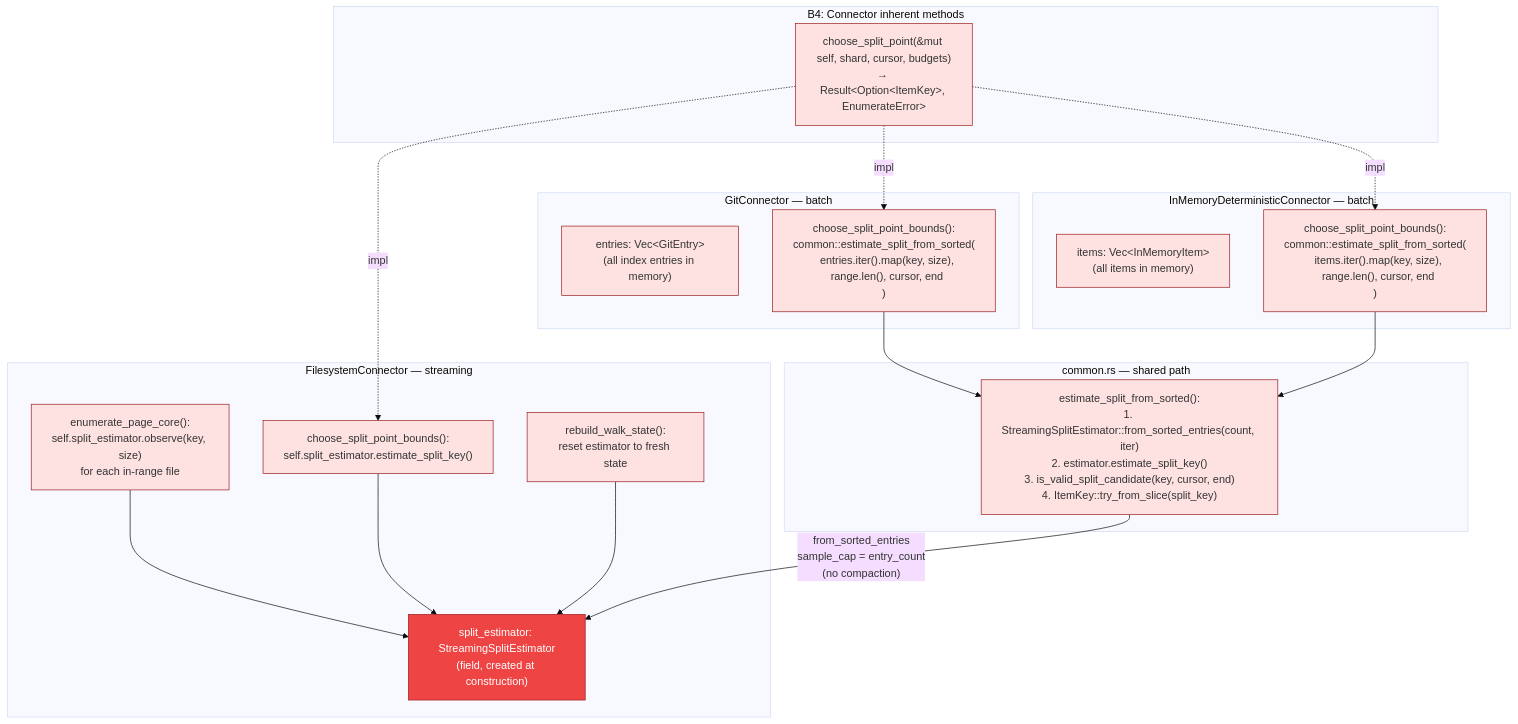
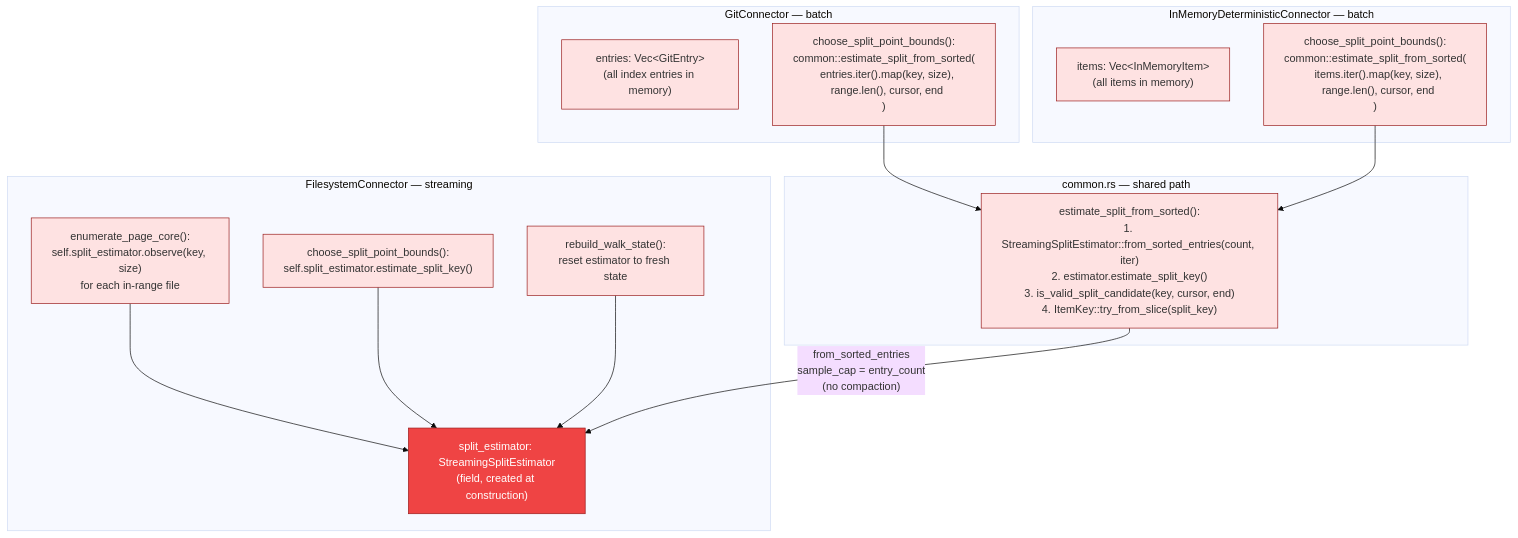
The fifth of 5 diagrams in diagrams/18-streaming-split-estimation.md (ahrav/Gossip-rs), drawn with Mermaid (base theme) before and after one commit. The commit also changed other lines of this file and 4 other files, not shown here.

First line of the commit message:
Clarify connector API terminology: "trait" → "shard-based"

````diff
--- a/diagrams/18-streaming-split-estimation.md
+++ b/diagrams/18-streaming-split-estimation.md
@@ -298,51 +298,42 @@
 ```mermaid
 %% Diagram: connector-integration
 graph TD
-    subgraph Trait ["B4: Connector inherent methods"]
-        CSP_TRAIT["choose_split_point(&mut self, shard, cursor, budgets)<br/>→ Result&lt;Option&lt;ItemKey&gt;, EnumerateError&gt;"]
-    end
-
     subgraph FS ["FilesystemConnector — streaming"]
         FS_FIELD["split_estimator: StreamingSplitEstimator<br/>(field, created at construction)"]
         FS_ENUM["enumerate_page_core():<br/>self.split_estimator.observe(key, size)<br/>for each in-range file"]
         FS_SPLIT["choose_split_point_bounds():<br/>self.split_estimator.estimate_split_key()"]
         FS_RESET["rebuild_walk_state():<br/>reset estimator to fresh state"]
     end
 
     subgraph GIT ["GitConnector — batch"]
         GIT_ENTRIES["entries: Vec&lt;GitEntry&gt;<br/>(all index entries in memory)"]
         GIT_SPLIT["choose_split_point_bounds():<br/>common::estimate_split_from_sorted(<br/>  entries.iter().map(key, size),<br/>  range.len(), cursor, end<br/>)"]
     end
 
     subgraph MEM ["InMemoryDeterministicConnector — batch"]
         MEM_ITEMS["items: Vec&lt;InMemoryItem&gt;<br/>(all items in memory)"]
         MEM_SPLIT["choose_split_point_bounds():<br/>common::estimate_split_from_sorted(<br/>  items.iter().map(key, size),<br/>  range.len(), cursor, end<br/>)"]
     end
 
     subgraph Common ["common.rs — shared path"]
         EST_SORTED["estimate_split_from_sorted():<br/>1. StreamingSplitEstimator::from_sorted_entries(count, iter)<br/>2. estimator.estimate_split_key()<br/>3. is_valid_split_candidate(key, cursor, end)<br/>4. ItemKey::try_from_slice(split_key)"]
     end
 
-    CSP_TRAIT -.->|"impl"| FS_SPLIT
-    CSP_TRAIT -.->|"impl"| GIT_SPLIT
-    CSP_TRAIT -.->|"impl"| MEM_SPLIT
-
     FS_ENUM --> FS_FIELD
     FS_SPLIT --> FS_FIELD
     FS_RESET --> FS_FIELD
 
     GIT_SPLIT --> EST_SORTED
     MEM_SPLIT --> EST_SORTED
     EST_SORTED -->|"from_sorted_entries<br/>sample_cap = entry_count<br/>(no compaction)"| FS_FIELD
 
-    style CSP_TRAIT fill:#FEE2E2,stroke:#991B1B
     style FS_FIELD fill:#EF4444,stroke:#991B1B,color:#fff
     style FS_ENUM fill:#FEE2E2,stroke:#991B1B
     style FS_SPLIT fill:#FEE2E2,stroke:#991B1B
     style FS_RESET fill:#FEE2E2,stroke:#991B1B
     style GIT_ENTRIES fill:#FEE2E2,stroke:#991B1B
     style GIT_SPLIT fill:#FEE2E2,stroke:#991B1B
     style MEM_ITEMS fill:#FEE2E2,stroke:#991B1B
     style MEM_SPLIT fill:#FEE2E2,stroke:#991B1B
     style EST_SORTED fill:#FEE2E2,stroke:#991B1B
 ```
````
